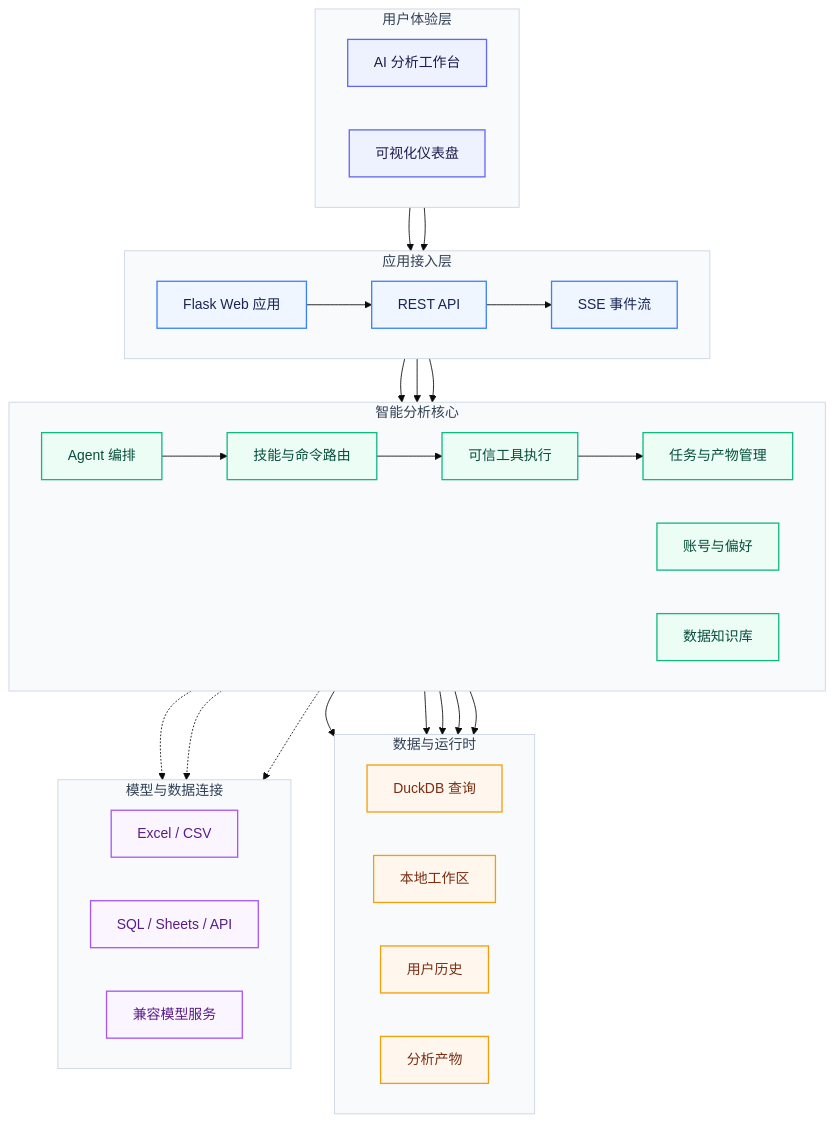
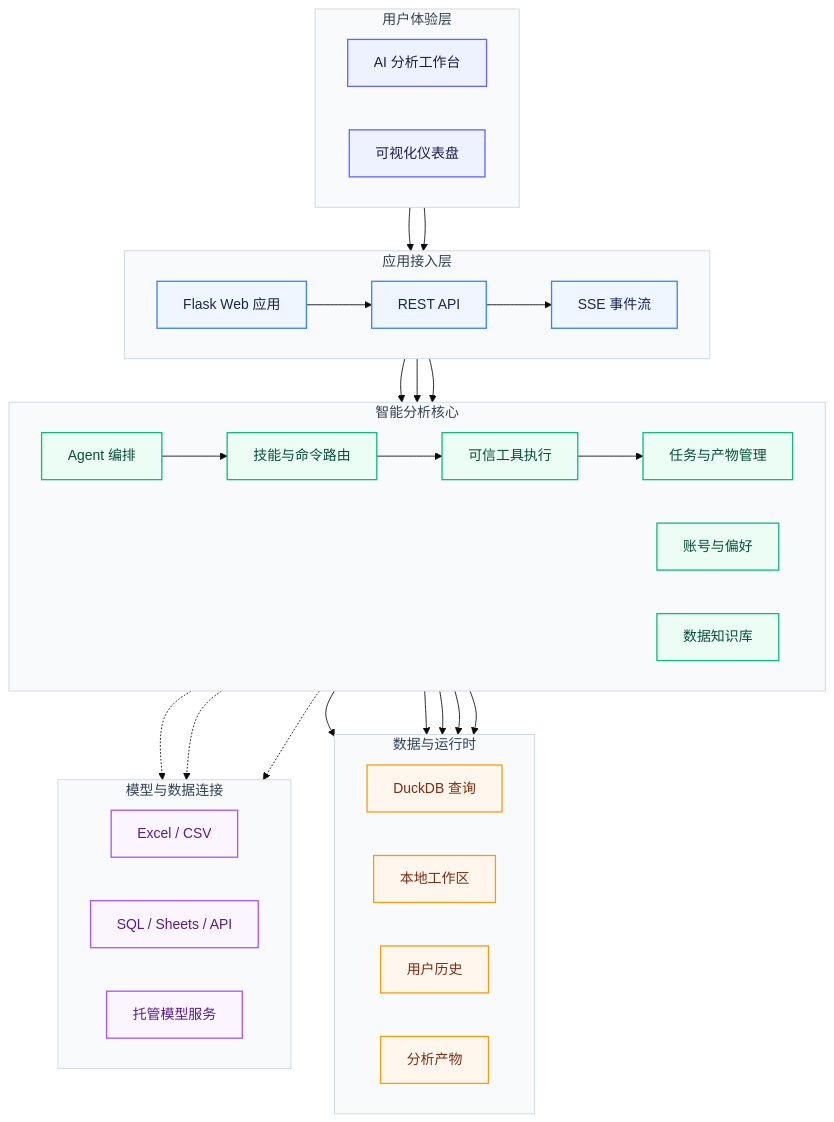
The diagram in ARCHITECTURE.md (qrwuu/data-analysis-agent), drawn with Mermaid (base theme) before and after one commit. The commit also changed other lines of this file and 6 other files, not shown here.

````diff
--- a/ARCHITECTURE.md
+++ b/ARCHITECTURE.md
@@ -14,77 +14,77 @@
 ```mermaid
 flowchart TB
     subgraph experience["用户体验层"]
         direction LR
         workbench["AI 分析工作台"]
         dashboard["可视化仪表盘"]
     end
 
     subgraph access["应用接入层"]
         direction LR
         web["Flask Web 应用"]
         api["REST API"]
         sse["SSE 事件流"]
     end
 
     subgraph intelligence["智能分析核心"]
         direction LR
         agent["Agent 编排"]
         router["技能与命令路由"]
         tools["可信工具执行"]
         jobs["任务与产物管理"]
         account["账号与偏好"]
         knowledge["数据知识库"]
     end
 
     subgraph foundation["数据与运行时"]
         direction LR
         duckdb["DuckDB 查询"]
         workspace["本地工作区"]
         history["用户历史"]
         artifacts["分析产物"]
     end
 
     subgraph integrations["模型与数据连接"]
         direction LR
         files["Excel / CSV"]
         database["SQL / Sheets / API"]
-        models["兼容模型服务"]
+        models["托管模型服务"]
     end
 
     workbench --> web
     dashboard --> web
     web --> api
     api --> agent
     api --> account
     api --> knowledge
     api --> sse
     agent --> router
     router --> tools
     tools --> jobs
     tools --> duckdb
     tools --> workspace
     jobs --> artifacts
     account --> history
     knowledge --> history
     tools -.-> files
     tools -.-> database
     agent -.-> models
 
     classDef ui fill:#EEF2FF,stroke:#6366F1,color:#1E1B4B,stroke-width:1.5px
     classDef edge fill:#EFF6FF,stroke:#3B82F6,color:#172554,stroke-width:1.5px
     classDef core fill:#ECFDF5,stroke:#10B981,color:#064E3B,stroke-width:1.5px
     classDef data fill:#FFF7ED,stroke:#F59E0B,color:#7C2D12,stroke-width:1.5px
     classDef external fill:#FAF5FF,stroke:#A855F7,color:#581C87,stroke-width:1.5px
 
     class workbench,dashboard ui
     class web,api,sse edge
     class agent,router,tools,jobs,account,knowledge core
     class duckdb,workspace,history,artifacts data
     class files,database,models external
 
     style experience fill:#F8FAFC,stroke:#CBD5E1,color:#334155
     style access fill:#F8FAFC,stroke:#CBD5E1,color:#334155
     style intelligence fill:#F8FAFC,stroke:#CBD5E1,color:#334155
     style foundation fill:#F8FAFC,stroke:#CBD5E1,color:#334155
     style integrations fill:#F8FAFC,stroke:#CBD5E1,color:#334155
 ```
````
